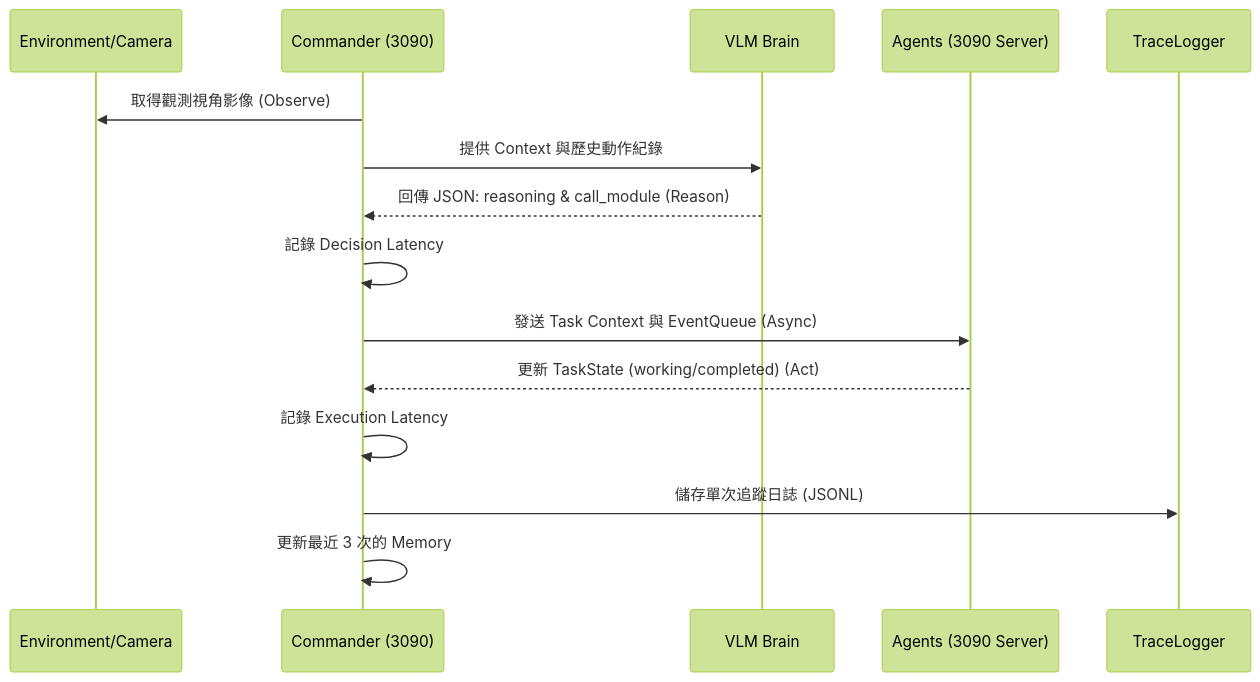
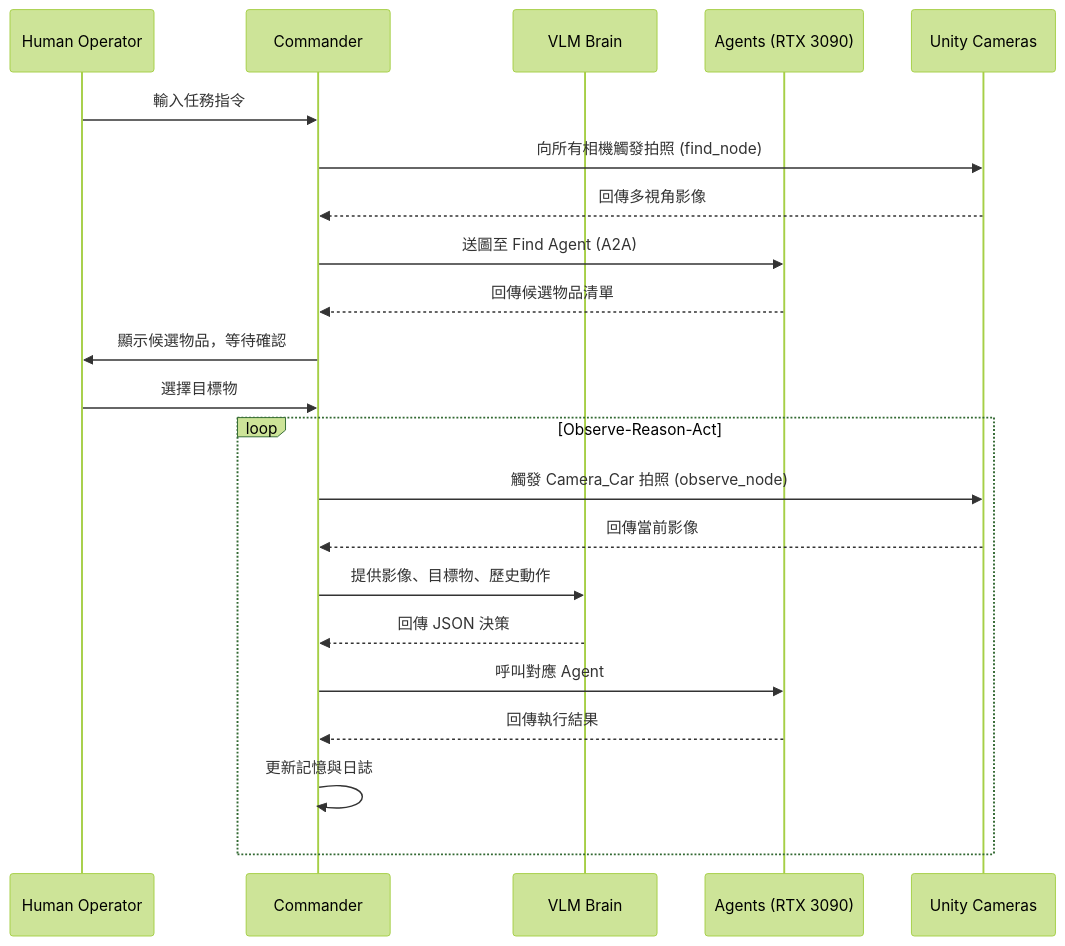
Before and after one commit to tj1125/pros_workflow: the third of 8 diagrams in docs/spec.md, drawn with Mermaid (forest theme). The commit also changed other lines of this file and 10 other files, not shown here.

Commit message:
feat: add find_node, config/, find_agent.py for on-demand object detection

````diff
--- a/docs/spec.md
+++ b/docs/spec.md
@@ -68,18 +83,25 @@
 ```mermaid
 sequenceDiagram
-  participant ENV as Environment/Camera
-  participant C as Commander (3090)
+  participant H as Human Operator
+  participant C as Commander
   participant V as VLM Brain
-  participant A as Agents (3090 Server)
-  participant L as TraceLogger
+  participant A as Agents (RTX 3090)
+  participant U as Unity Cameras
 
-  C->>ENV: 取得觀測視角影像 (Observe)
-  C->>V: 提供 Context 與歷史動作紀錄
-  V-->>C: 回傳 JSON: reasoning & call_module (Reason)
-  C->>C: 記錄 Decision Latency
-  C->>A: 發送 Task Context 與 EventQueue (Async)
-  A-->>C: 更新 TaskState (working/completed) (Act)
-  C->>C: 記錄 Execution Latency
-  C->>L: 儲存單次追蹤日誌 (JSONL)
-  C->>C: 更新最近 3 次的 Memory
+  H->>C: 輸入任務指令
+  C->>U: 向所有相機觸發拍照 (find_node)
+  U-->>C: 回傳多視角影像
+  C->>A: 送圖至 Find Agent (A2A)
+  A-->>C: 回傳候選物品清單
+  C->>H: 顯示候選物品，等待確認
+  H->>C: 選擇目標物
+  loop Observe-Reason-Act
+    C->>U: 觸發 Camera_Car 拍照 (observe_node)
+    U-->>C: 回傳當前影像
+    C->>V: 提供影像、目標物、歷史動作
+    V-->>C: 回傳 JSON 決策
+    C->>A: 呼叫對應 Agent
+    A-->>C: 回傳執行結果
+    C->>C: 更新記憶與日誌
+  end
 ```
````
